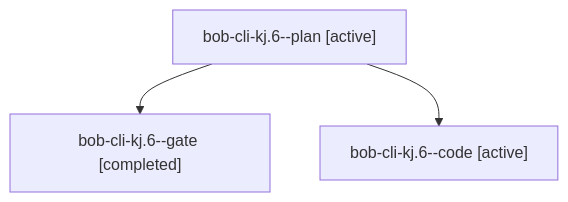
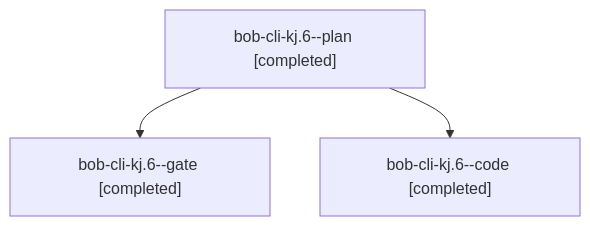
Before and after one commit to bobs-org/bob-cli--agents: the diagram in sessions/bbugyi200.athena.bob-cli-kj.6.md, drawn with Mermaid. The commit also changed other lines of this file and 28 other files, not shown here.

````diff
--- a/sessions/bbugyi200.athena.bob-cli-kj.6.md
+++ b/sessions/bbugyi200.athena.bob-cli-kj.6.md
@@ -9,8 +9,8 @@
 ```mermaid
 flowchart TD
-  n0["bob-cli-kj.6--plan [active]"]
+  n0["bob-cli-kj.6--plan [completed]"]
   n1["bob-cli-kj.6--gate [completed]"]
   n0 --> n1
-  n2["bob-cli-kj.6--code [active]"]
+  n2["bob-cli-kj.6--code [completed]"]
   n0 --> n2
 ```
````
